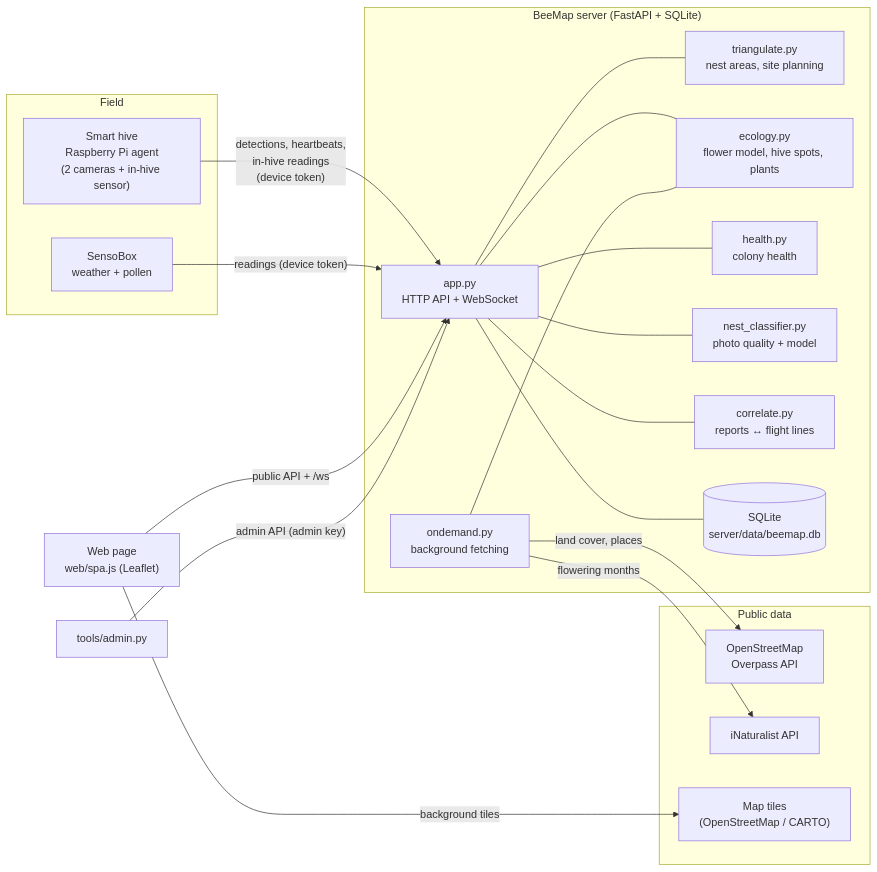
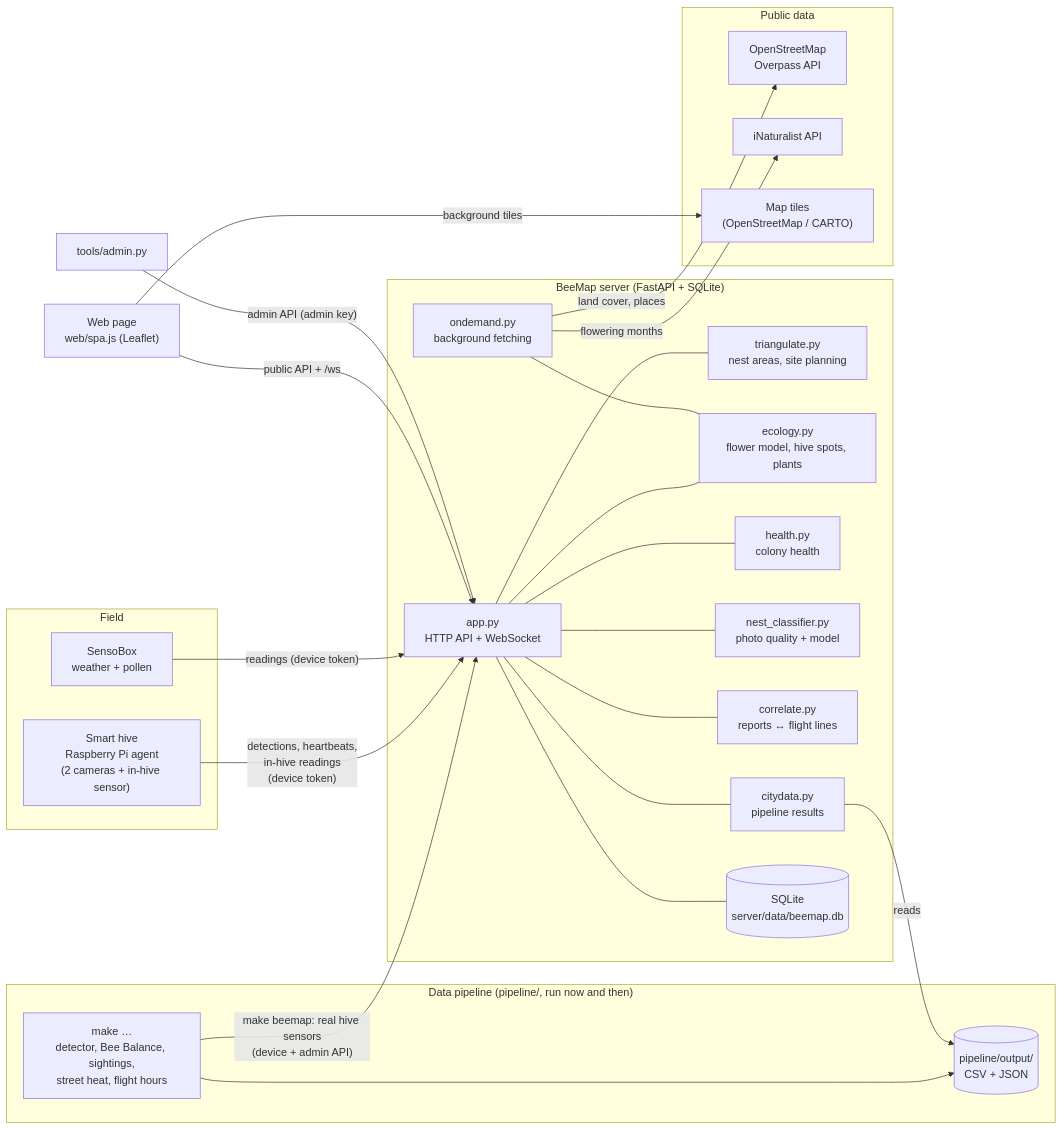
The first of 3 diagrams in doc/architecture.md (OcelotHero/BeeMap), drawn with Mermaid before and after one commit. The commit also changed other lines of this file and 14 other files, not shown here.

First line of the commit message:
Document the data pipeline, city data API and multi-colony stations

````diff
--- a/doc/architecture.md
+++ b/doc/architecture.md
@@ -5,35 +5,44 @@
 ```mermaid
 flowchart LR
   subgraph Field
     Pi["Smart hive<br/>Raspberry Pi agent<br/>(2 cameras + in-hive sensor)"]
     SB["SensoBox<br/>weather + pollen"]
   end
   subgraph Server["BeeMap server (FastAPI + SQLite)"]
     API["app.py<br/>HTTP API + WebSocket"]
     TRI["triangulate.py<br/>nest areas, site planning"]
     ECO["ecology.py<br/>flower model, hive spots, plants"]
     HEA["health.py<br/>colony health"]
     NC["nest_classifier.py<br/>photo quality + model"]
     COR["correlate.py<br/>reports ↔ flight lines"]
     OD["ondemand.py<br/>background fetching"]
+    CD["citydata.py<br/>pipeline results"]
     DB[("SQLite<br/>server/data/beemap.db")]
+  end
+  subgraph Offline["Data pipeline (pipeline/, run now and then)"]
+    PL["make …<br/>detector, Bee Balance, sightings,<br/>street heat, flight hours"]
+    OUT[("pipeline/output/<br/>CSV + JSON")]
   end
   subgraph Public["Public data"]
     OSM["OpenStreetMap<br/>Overpass API"]
     INAT["iNaturalist API"]
     TILES["Map tiles<br/>(OpenStreetMap / CARTO)"]
   end
   Web["Web page<br/>web/spa.js (Leaflet)"]
   Admin["tools/admin.py"]
 
   Pi -- "detections, heartbeats,<br/>in-hive readings<br/>(device token)" --> API
   SB -- "readings (device token)" --> API
   API --- DB
   API --- TRI & ECO & HEA & NC & COR
   OD -- "land cover, places" --> OSM
   OD -- "flowering months" --> INAT
   OD --- ECO
   Web -- "public API + /ws" --> API
   Web -- "background tiles" --> TILES
   Admin -- "admin API (admin key)" --> API
+  PL --> OUT
+  CD -- "reads" --> OUT
+  API --- CD
+  PL -- "make beemap: real hive sensors<br/>(device + admin API)" --> API
 ```
````
